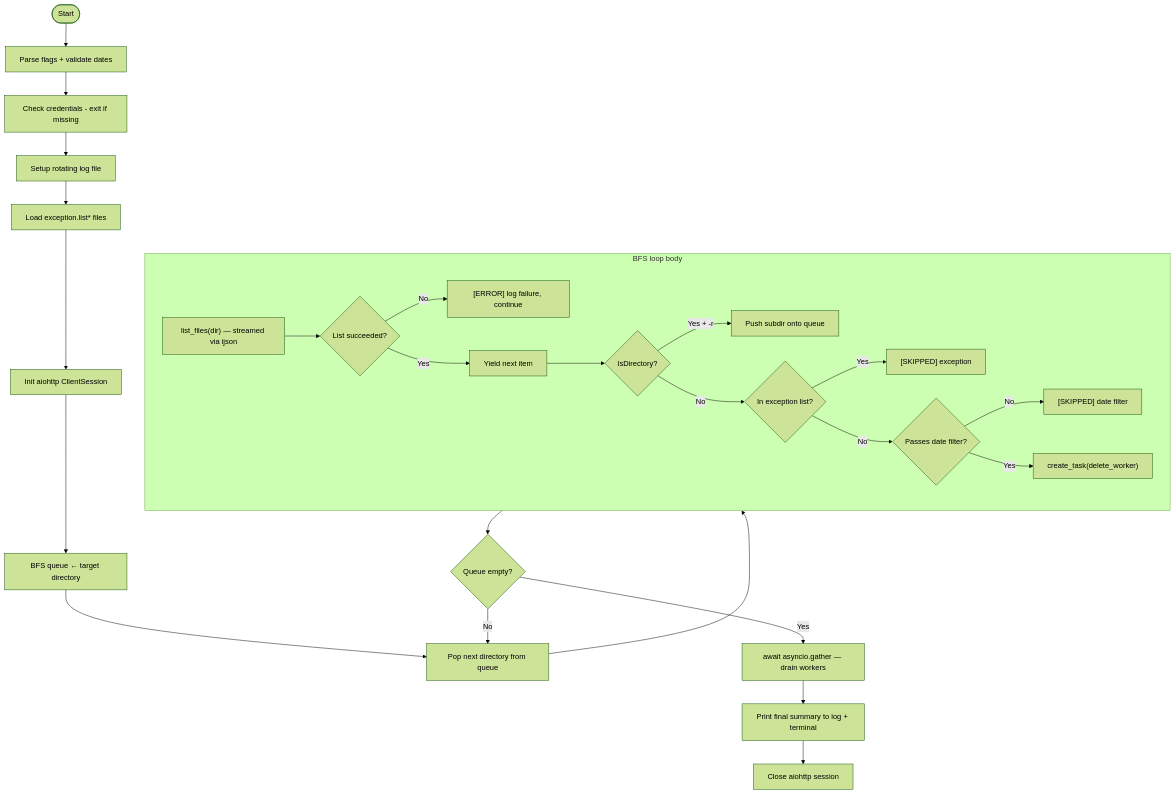
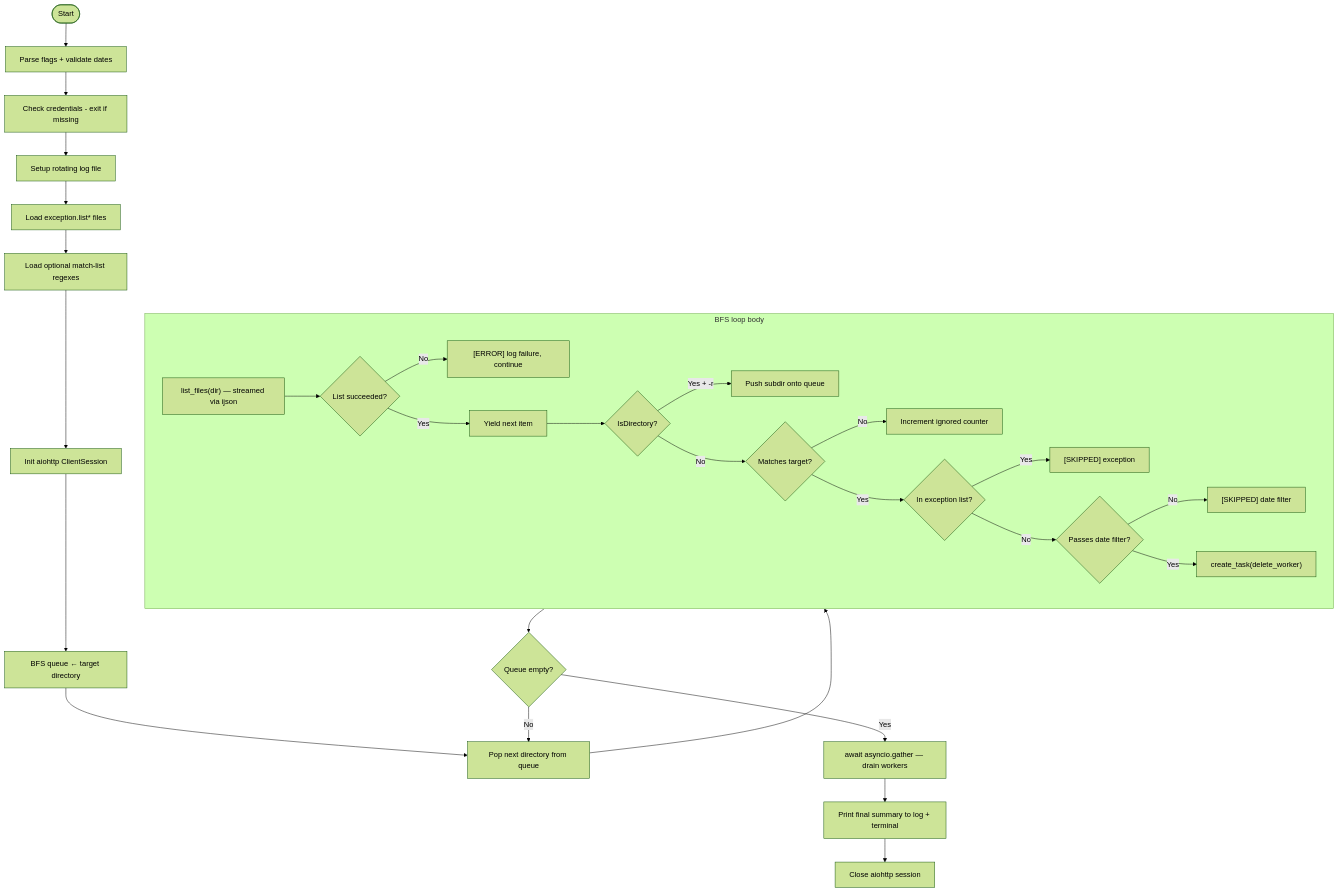
The diagram in README.md (itsemon245/bunny-scripts), drawn with Mermaid (forest theme) before and after one commit. The commit also changed other lines of this file and 3 other files, not shown here.

Commit message:
feat: added match-list to remove files based on regex pattern

````diff
--- a/README.md
+++ b/README.md
@@ -26,30 +28,33 @@
 ```mermaid
 flowchart TD
     start([Start]) --> parseArgs[Parse flags + validate dates]
     parseArgs --> checkEnv[Check credentials - exit if missing]
     checkEnv --> setupLog[Setup rotating log file]
     setupLog --> loadEx[Load exception.list* files]
-    loadEx --> initSession[Init aiohttp ClientSession]
+    loadEx --> loadMatch[Load optional match-list regexes]
+    loadMatch --> initSession[Init aiohttp ClientSession]
     initSession --> initQueue["BFS queue ← target directory"]
     initQueue --> bfsLoop[Pop next directory from queue]
 
     subgraph loop [BFS loop body]
         listAPI["list_files(dir) — streamed via ijson"] --> listOk{List succeeded?}
         listOk -->|No| logErrDir["[ERROR] log failure, continue"]
         listOk -->|Yes| iterItems[Yield next item]
         iterItems --> isDir{IsDirectory?}
         isDir -->|"Yes + -r"| appendQueue[Push subdir onto queue]
-        isDir -->|No| checkEx{In exception list?}
+        isDir -->|No| checkMatch{Matches target?}
+        checkMatch -->|No| ignore["Increment ignored counter"]
+        checkMatch -->|Yes| checkEx{In exception list?}
         checkEx -->|Yes| skip["[SKIPPED] exception"]
         checkEx -->|No| checkDate{Passes date filter?}
         checkDate -->|No| skipDate["[SKIPPED] date filter"]
         checkDate -->|Yes| spawnWorker["create_task(delete_worker)"]
     end
 
     bfsLoop --> loop
     loop --> moreItems{Queue empty?}
     moreItems -->|No| bfsLoop
     moreItems -->|Yes| gatherTasks["await asyncio.gather — drain workers"]
     gatherTasks --> summary["Print final summary to log + terminal"]
     summary --> closeSession[Close aiohttp session]
 ```
````
